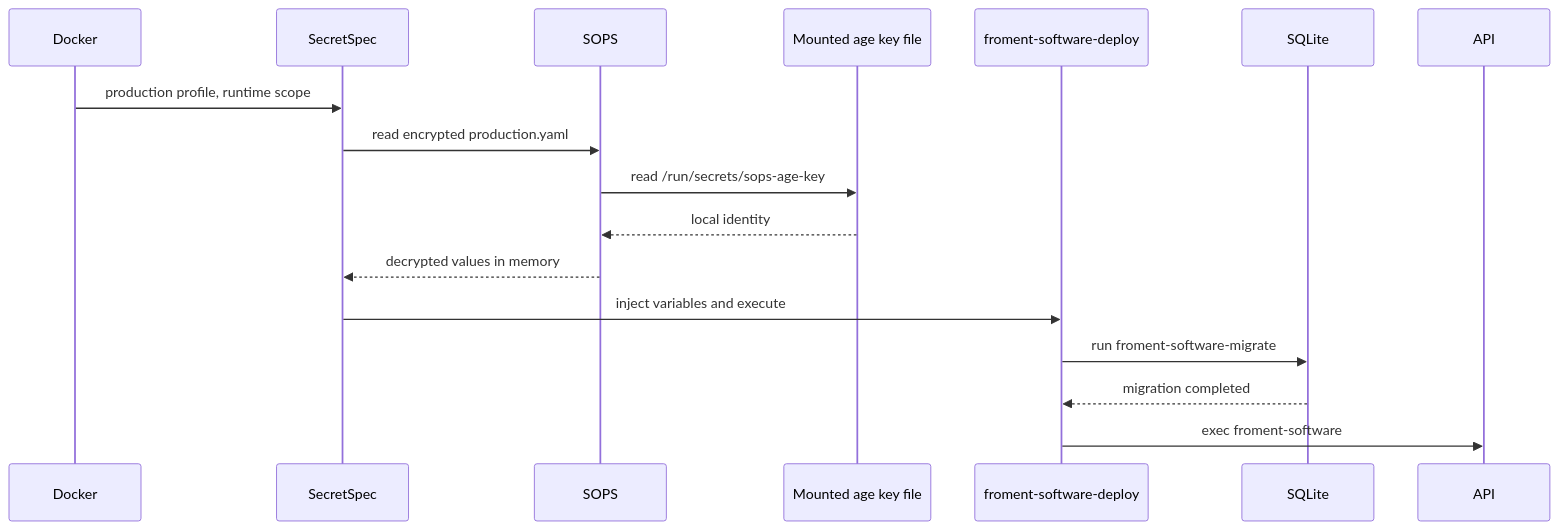
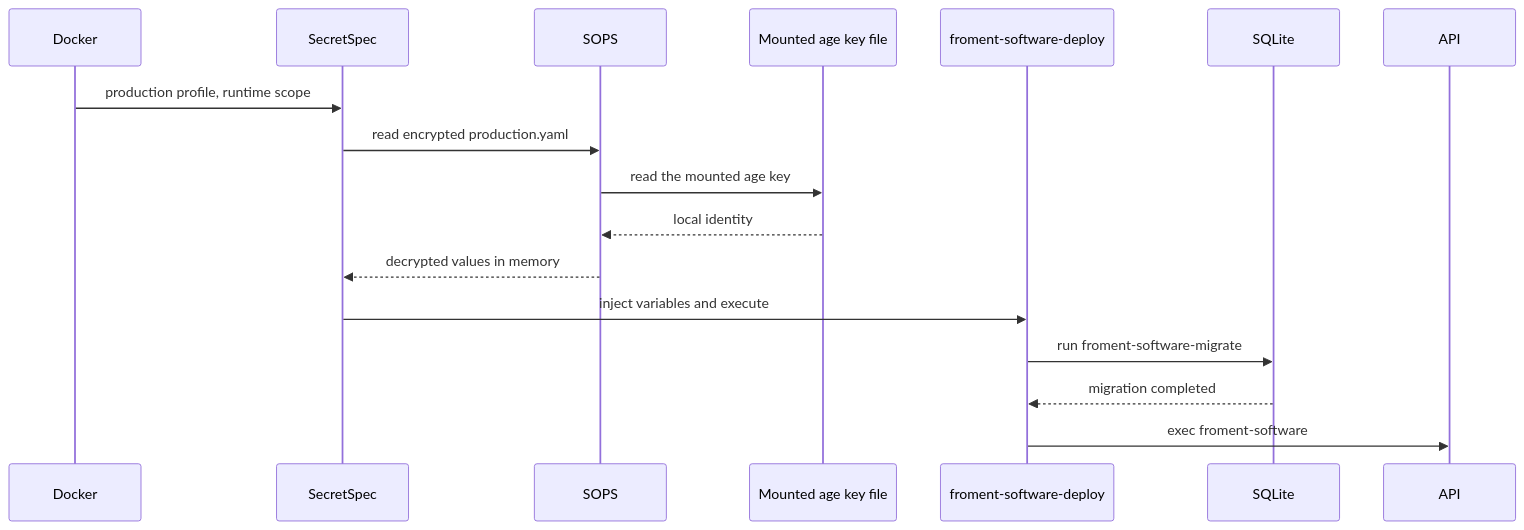
Before and after one commit to sachahjkl/froment.software: the second of 4 diagrams in packages/web/src/app/blog/posts/2026-08-production-observabilite.en.md, drawn with Mermaid. The commit also changed other lines of this file and 3 other files, not shown here.

````diff
--- a/packages/web/src/app/blog/posts/2026-08-production-observabilite.en.md
+++ b/packages/web/src/app/blog/posts/2026-08-production-observabilite.en.md
@@ -96,20 +96,20 @@
 ```mermaid
 sequenceDiagram
   participant Docker
   participant SecretSpec
   participant SOPS
   participant Age as Mounted age key file
   participant Deploy as froment-software-deploy
   participant DB as SQLite
   participant API
 
   Docker->>SecretSpec: production profile, runtime scope
   SecretSpec->>SOPS: read encrypted production.yaml
-  SOPS->>Age: read /run/secrets/sops-age-key
+  SOPS->>Age: read the mounted age key
   Age-->>SOPS: local identity
   SOPS-->>SecretSpec: decrypted values in memory
   SecretSpec->>Deploy: inject variables and execute
   Deploy->>DB: run froment-software-migrate
   DB-->>Deploy: migration completed
   Deploy->>API: exec froment-software
 ```
````
